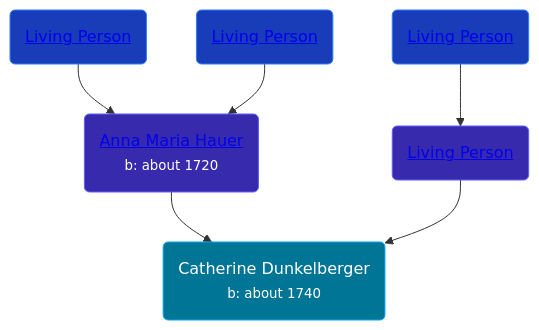
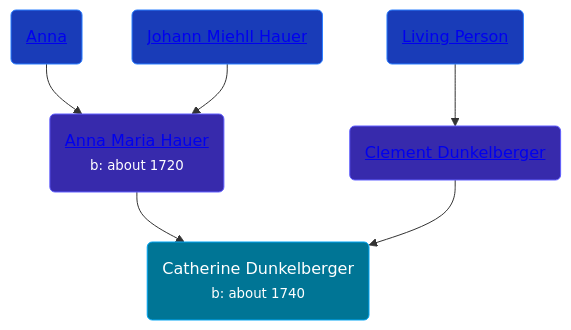
One commit to wpmgotkh/wpmgotkh.github.io changed the diagram in pages/people/1/19744824.md. Above: the diagram before and after it, drawn with Mermaid. The commit also changed other lines of this file and 586 other files, not shown here.

Commit message:
feat: better shouldConsiderPersonLiving algo

````diff
--- a/pages/people/1/19744824.md
+++ b/pages/people/1/19744824.md
@@ -10,12 +10,12 @@
 ```mermaid
 graph
 classDef grands fill:#193cb8,stroke:#2b7fff,stroke-width:1px,color:#fff;
 classDef parents fill:#372aac,stroke:#615fff,stroke-width:1px,color:#fff;
 classDef primary fill:#007595,stroke:#00a6f4,stroke-width:1px,color:#fff;
 19744824(Catherine Dunkelberger<br /><small>b: about 1740</small>):::primary
 22963774(<a class="text-white" href="/people/2/22963774">Anna Maria Hauer</a><br /><small>b: about 1720</small>):::parents-->19744824
-46044031(<a class="text-white" href="/people/4/46044031">Living Person</a>):::grands-->22963774
-22920858(<a class="text-white" href="/people/2/22920858">Living Person</a>):::grands-->22963774
-13545057(<a class="text-white" href="/people/1/13545057">Living Person</a>):::parents-->19744824
+46044031(<a class="text-white" href="/people/4/46044031">Anna </a>):::grands-->22963774
+22920858(<a class="text-white" href="/people/2/22920858">Johann Miehll Hauer</a>):::grands-->22963774
+13545057(<a class="text-white" href="/people/1/13545057">Clement Dunkelberger</a>):::parents-->19744824
 18284468(<a class="text-white" href="/people/1/18284468">Living Person</a>):::grands-->13545057
 ```
````
